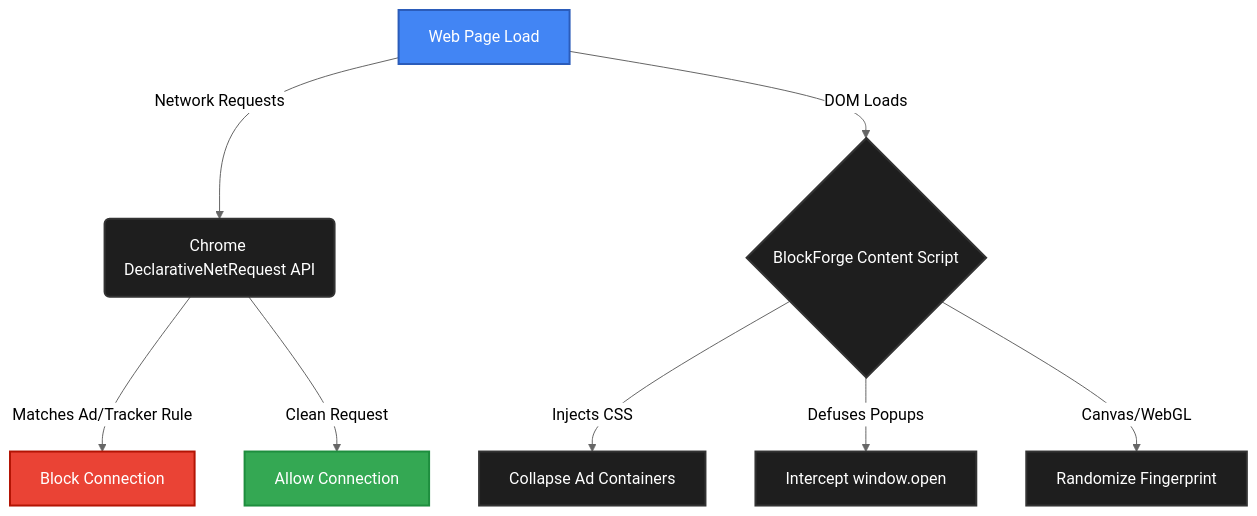
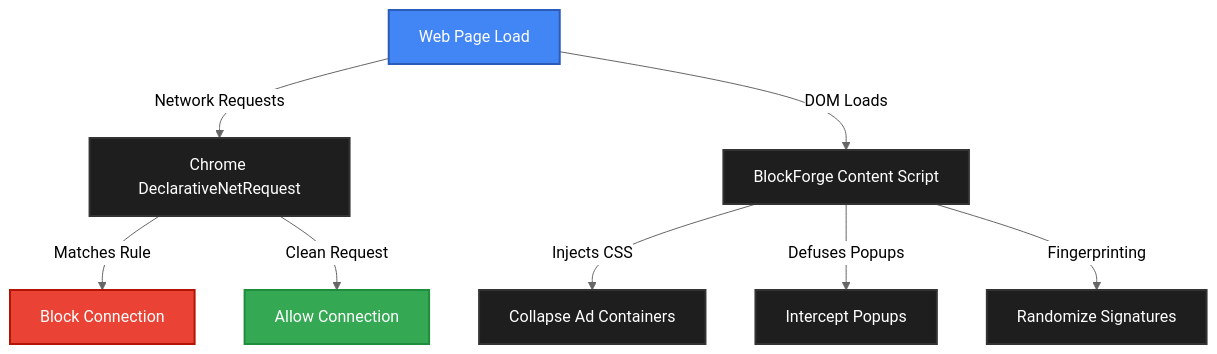
One commit to saksham-dev07/Blockforge-Ad-Block-Extension- changed the diagram in README.md. Above: the diagram before and after it, drawn with Mermaid (neutral theme).

Commit message:
docs: simplify and update technical terminology in architecture diagram

````diff
--- a/README.md
+++ b/README.md
@@ -45,20 +45,20 @@
 ```mermaid
 graph TD
-    A[Web Page Load] -->|Network Requests| B(Chrome DeclarativeNetRequest API)
-    B -->|Matches Ad/Tracker Rule| C[Block Connection]
+    A[Web Page Load] -->|Network Requests| B[Chrome DeclarativeNetRequest]
+    B -->|Matches Rule| C[Block Connection]
     B -->|Clean Request| D[Allow Connection]
     
-    A -->|DOM Loads| E{BlockForge Content Script}
+    A -->|DOM Loads| E[BlockForge Content Script]
     E -->|Injects CSS| F[Collapse Ad Containers]
-    E -->|Defuses Popups| G[Intercept window.open]
-    E -->|Canvas/WebGL| H[Randomize Fingerprint]
+    E -->|Defuses Popups| G[Intercept Popups]
+    E -->|Fingerprinting| H[Randomize Signatures]
     
     classDef default fill:#1e1e1e,stroke:#333,stroke-width:2px,color:#fff;
     classDef primary fill:#4285f4,stroke:#2b5cba,stroke-width:2px,color:#fff;
     classDef blocked fill:#ea4335,stroke:#b31404,stroke-width:2px,color:#fff;
     classDef allowed fill:#34a853,stroke:#1e8e3e,stroke-width:2px,color:#fff;
     
     class A primary
     class C blocked
     class D allowed
 ```
````
